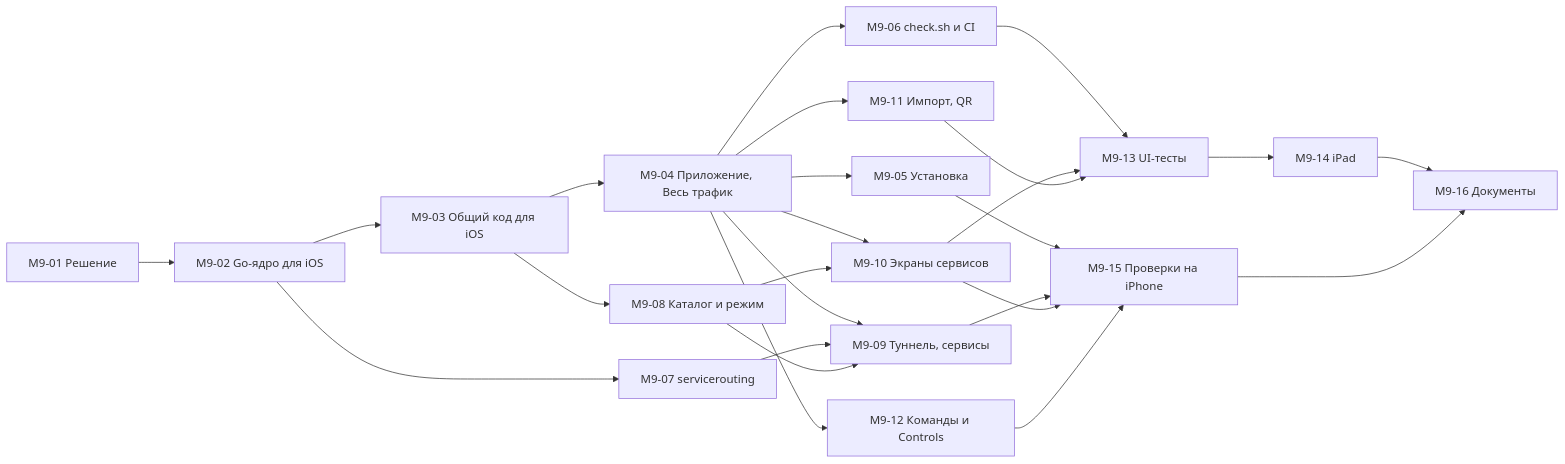
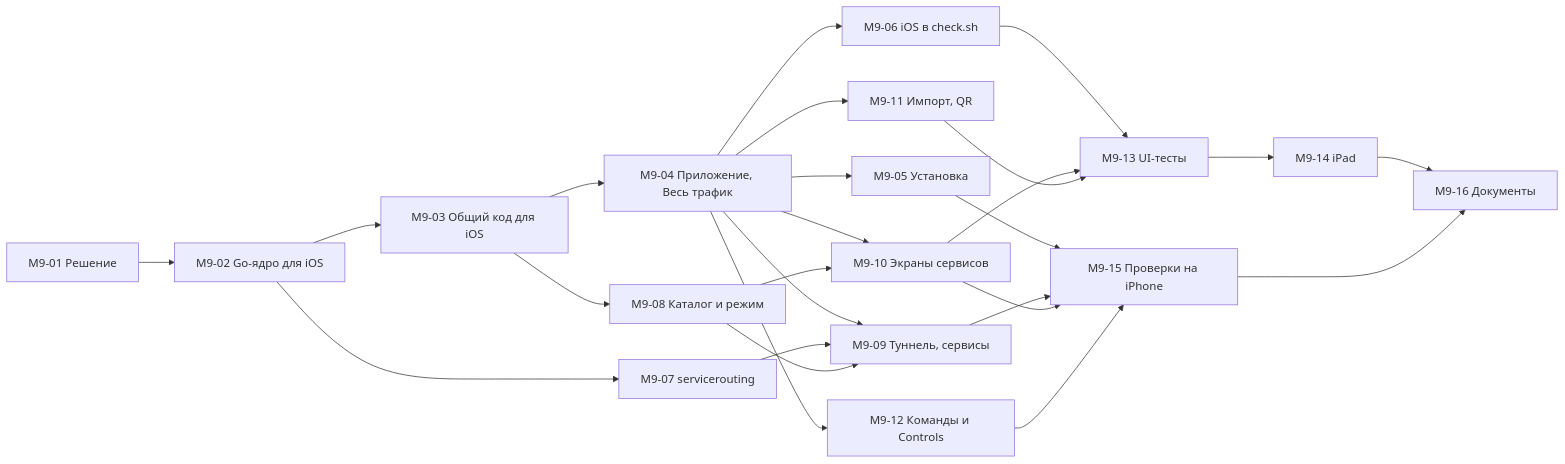
One commit to facelessdiplomat/splitway changed the diagram in docs/05-tasks/M9-ios-personal-build.md. Above: the diagram before and after it, drawn with Mermaid. The commit also changed other lines of this file and 13 other files, not shown here.

````diff
--- a/docs/05-tasks/M9-ios-personal-build.md
+++ b/docs/05-tasks/M9-ios-personal-build.md
@@ -57,18 +57,18 @@
 ```mermaid
 flowchart LR
   T01[M9-01 Решение] --> T02[M9-02 Go-ядро для iOS]
   T02 --> T03[M9-03 Общий код для iOS]
   T03 --> T04[M9-04 Приложение, Весь трафик]
   T04 --> T05[M9-05 Установка]
-  T04 --> T06[M9-06 check.sh и CI]
+  T04 --> T06[M9-06 iOS в check.sh]
   T02 --> T07[M9-07 servicerouting]
   T03 --> T08[M9-08 Каталог и режим]
   T04 & T07 & T08 --> T09[M9-09 Туннель, сервисы]
   T04 & T08 --> T10[M9-10 Экраны сервисов]
   T04 --> T11[M9-11 Импорт, QR]
   T04 --> T12[M9-12 Команды и Controls]
   T06 & T10 & T11 --> T13[M9-13 UI-тесты]
   T13 --> T14[M9-14 iPad]
   T05 & T09 & T10 & T12 --> T15[M9-15 Проверки на iPhone]
   T14 & T15 --> T16[M9-16 Документы]
 ```
````
